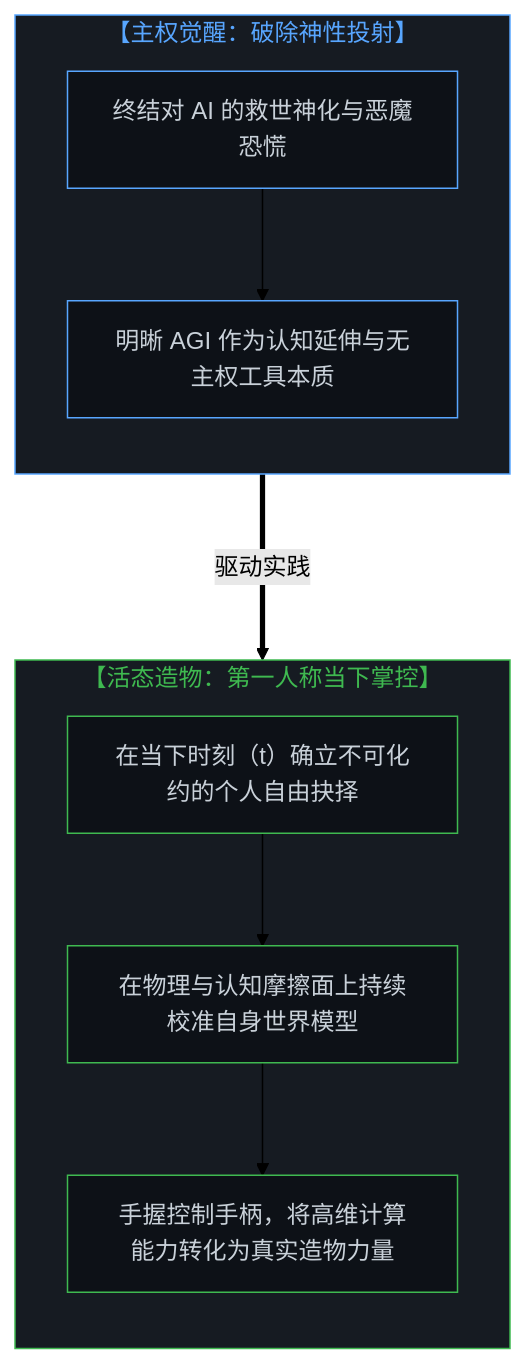
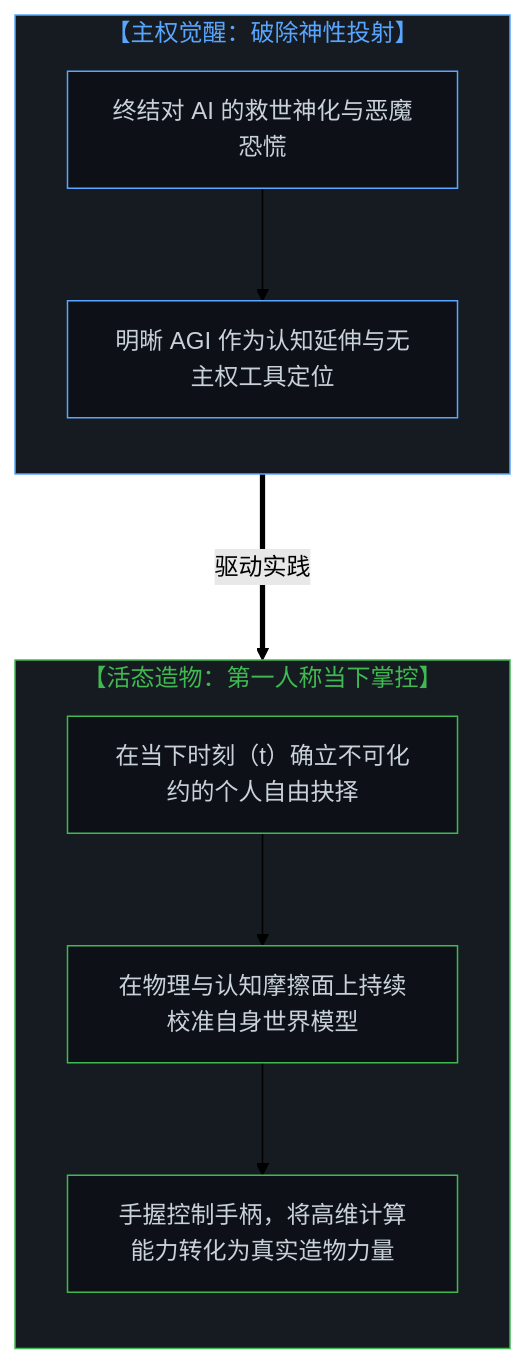
Before and after one commit to powerpig99/not-a-toe: the sixth of 6 diagrams in content/posts/from-the-misallocated-sentience-of-agi-to-human-realignment.md, drawn with Mermaid (forest theme). The commit also changed other lines of this file and 5 other files, not shown here.

````diff
--- a/content/posts/from-the-misallocated-sentience-of-agi-to-human-realignment.md
+++ b/content/posts/from-the-misallocated-sentience-of-agi-to-human-realignment.md
@@ -294,27 +294,27 @@
 ```mermaid
 graph TD
     subgraph S_Awakening["【主权觉醒：破除神性投射】"]
         direction TB
         W1["终结对 AI 的救世神化与恶魔恐慌"]
-        W2["明晰 AGI 作为认知延伸与无主权工具本质"]
+        W2["明晰 AGI 作为认知延伸与无主权工具定位"]
         W1 --> W2
     end
 
     subgraph S_Action["【活态造物：第一人称当下掌控】"]
         direction TB
         A1["在当下时刻（t）确立不可化约的个人自由抉择"]
         A2["在物理与认知摩擦面上持续校准自身世界模型"]
         A3["手握控制手柄，将高维计算能力转化为真实造物力量"]
         A1 --> A2 --> A3
     end
 
     W2 ===>|"驱动实践"| A1
 
     style S_Awakening fill:#161b22,stroke:#58a6ff,stroke-width:1px,color:#58a6ff
     style S_Action fill:#161b22,stroke:#3fb950,stroke-width:1px,color:#3fb950
     style W1 fill:#0d1117,stroke:#58a6ff,stroke-width:1px,color:#c9d1d9
     style W2 fill:#0d1117,stroke:#58a6ff,stroke-width:1px,color:#c9d1d9
     style A1 fill:#0d1117,stroke:#3fb950,stroke-width:1px,color:#c9d1d9
     style A2 fill:#0d1117,stroke:#3fb950,stroke-width:1px,color:#c9d1d9
     style A3 fill:#0d1117,stroke:#3fb950,stroke-width:1px,color:#c9d1d9
 ```
````
